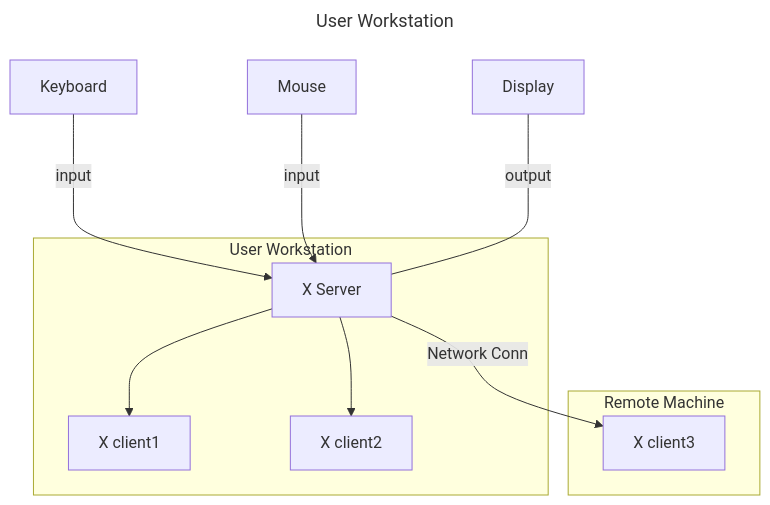
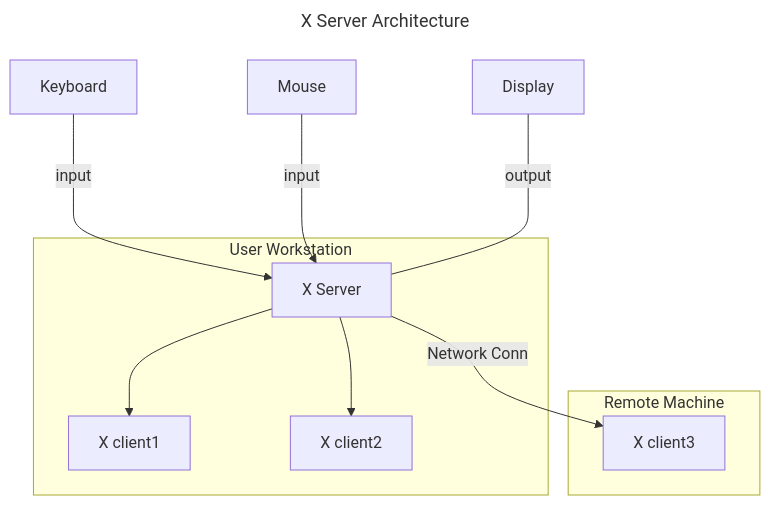
One commit to paulorsfaria/42_Fractol_Resources changed the diagram in minilibx.md. Above: the diagram before and after it, drawn with Mermaid.

Commit message:
minilibx.md : X updated

````diff
--- a/minilibx.md
+++ b/minilibx.md
@@ -17,21 +17,21 @@
 ```mermaid
 ---
-title: User Workstation
+title: X Server Architecture
 ---
 flowchart TB
 	Display[Display]
 	Keys[Keyboard]
 	Mouse[Mouse]
 
 	Keys[Keyboard] --->|input| Xserv[X Server]
 	Mouse[Mouse] --->|input| Xserv
 	Display[Display] <---|output| Xserv
 	subgraph W[User Workstation]
 		Xserv[X Server]
 		Xserv --> X-client[X client1]
 		Xserv --> X-client2[X client2]
 	end
 	subgraph Remote Machine
 		Xserv -->|Network Conn| X-client3[X client3]
 	end
 ```
````
